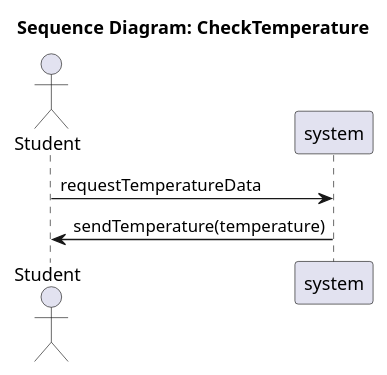
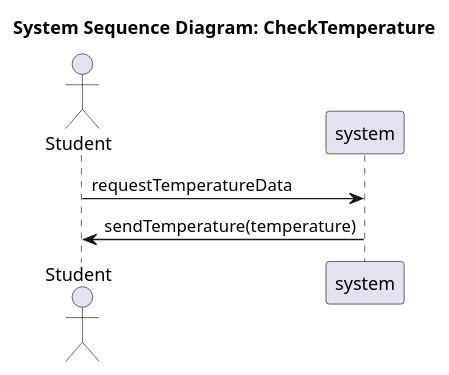
The diagram in Documentation/Analysis/ssds/StudyHelper_CheckTemperature.ssd.puml (SEP4Real/SEP4), drawn with PlantUML before and after one commit. The commit also changed 26 other files, not shown here.

Commit message:
[Fix] Old diagram fixes

```diff
--- a/Documentation/Analysis/ssds/StudyHelper_CheckTemperature.ssd.puml
+++ b/Documentation/Analysis/ssds/StudyHelper_CheckTemperature.ssd.puml
@@ -1,8 +1,8 @@
 @startuml
-title Sequence Diagram: CheckTemperature
+title System Sequence Diagram: CheckTemperature
 actor "Student" as Actor
 participant "system" as System
 
 Actor -> System : requestTemperatureData
 System -> Actor : sendTemperature(temperature)
 @enduml
```
